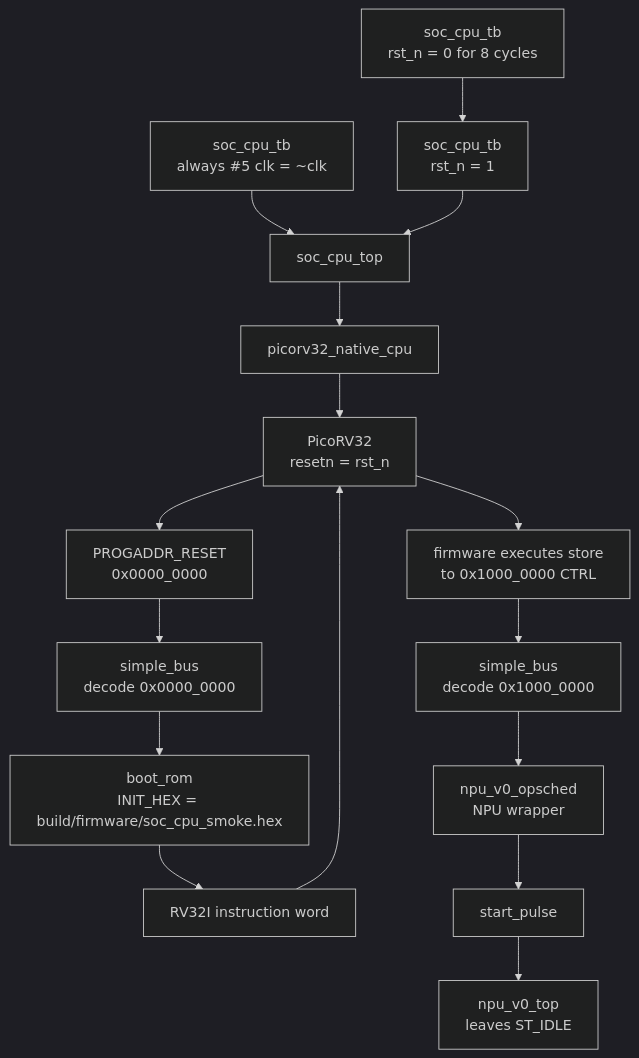
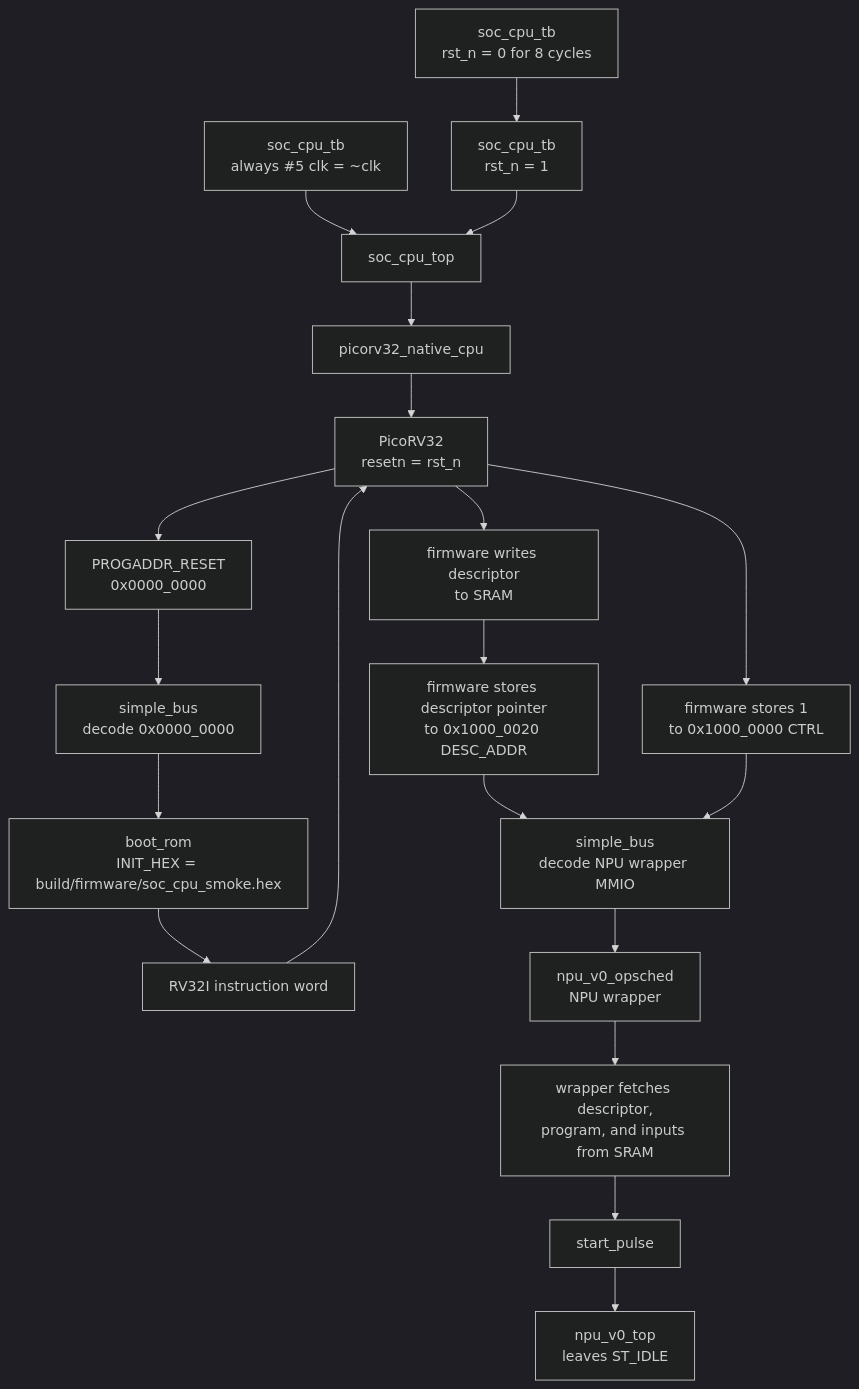
One commit to randy-chiu/npu_arch_design changed the third of 4 diagrams in docs/code_structure_review.md. Above: the diagram before and after it, drawn with Mermaid (dark theme). The commit also changed other lines of this file and 34 other files, not shown here.

````diff
--- a/docs/code_structure_review.md
+++ b/docs/code_structure_review.md
@@ -442,25 +526,31 @@
 ```mermaid
 flowchart TD
     TBCLK["soc_cpu_tb<br/>always #5 clk = ~clk"]
     TBRST0["soc_cpu_tb<br/>rst_n = 0 for 8 cycles"]
     TBRST1["soc_cpu_tb<br/>rst_n = 1"]
     TOP["soc_cpu_top"]
     CPUWRAP["picorv32_native_cpu"]
     CPU["PicoRV32<br/>resetn = rst_n"]
     RESETPC["PROGADDR_RESET<br/>0x0000_0000"]
     BUSFETCH["simple_bus<br/>decode 0x0000_0000"]
     ROM["boot_rom<br/>INIT_HEX = build/firmware/soc_cpu_smoke.hex"]
     INSN["RV32I instruction word"]
-    FWSTORE["firmware executes store<br/>to 0x1000_0000 CTRL"]
-    BUSMMIO["simple_bus<br/>decode 0x1000_0000"]
+    FWDESC["firmware writes descriptor<br/>to SRAM"]
+    FWDESCADDR["firmware stores descriptor pointer<br/>to 0x1000_0020 DESC_ADDR"]
+    FWSTORE["firmware stores 1<br/>to 0x1000_0000 CTRL"]
+    BUSMMIO["simple_bus<br/>decode NPU wrapper MMIO"]
     WRAP["npu_v0_opsched<br/>NPU wrapper"]
+    FETCH["wrapper fetches descriptor,<br/>program, and inputs from SRAM"]
     START["start_pulse"]
     CORE["npu_v0_top<br/>leaves ST_IDLE"]
 
     TBCLK --> TOP
     TBRST0 --> TBRST1 --> TOP
     TOP --> CPUWRAP --> CPU
     CPU --> RESETPC
     RESETPC --> BUSFETCH --> ROM --> INSN --> CPU
-    CPU --> FWSTORE --> BUSMMIO --> WRAP --> START --> CORE
+    CPU --> FWDESC
+    FWDESC --> FWDESCADDR --> BUSMMIO --> WRAP
+    CPU --> FWSTORE --> BUSMMIO
+    WRAP --> FETCH --> START --> CORE
 ```
````
